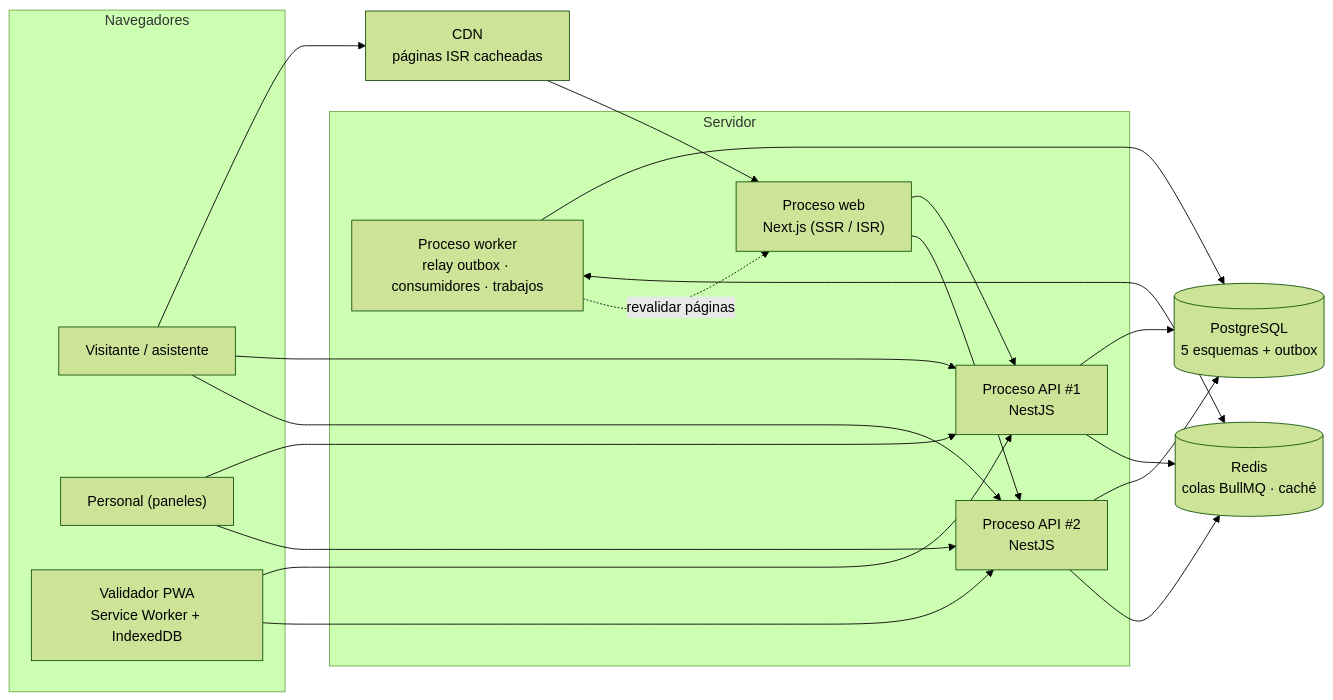
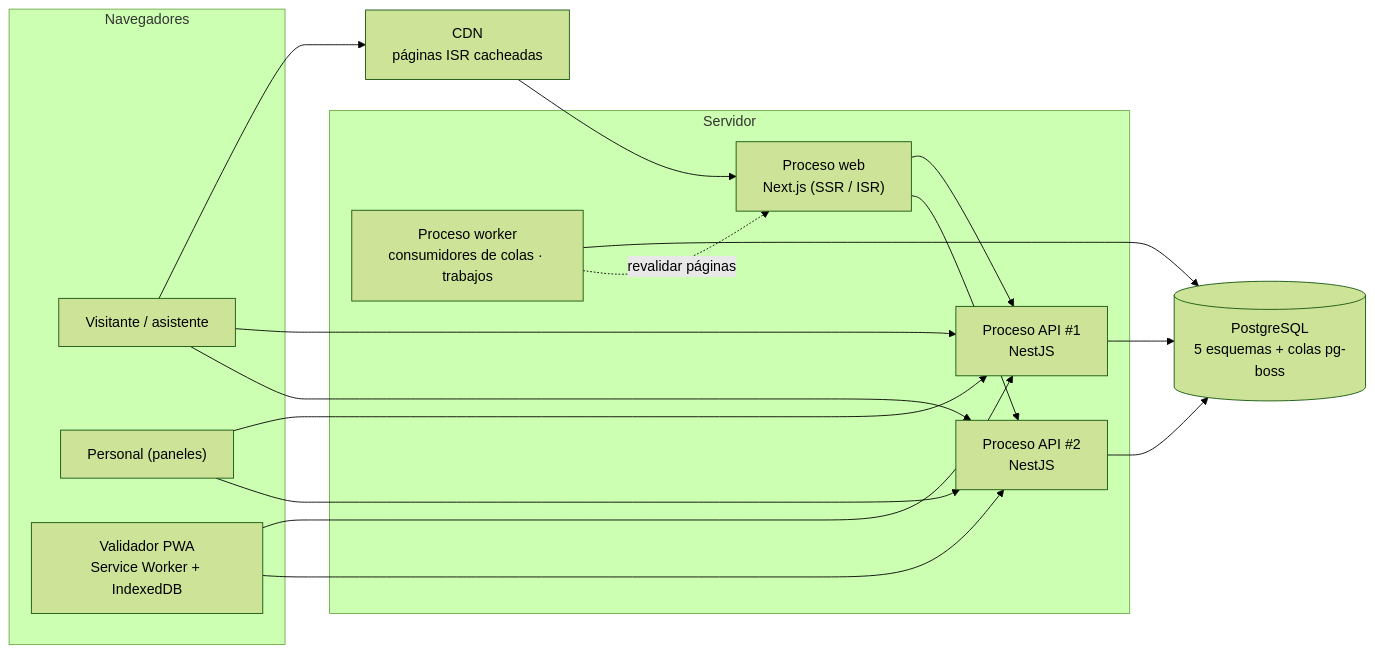
Before and after one commit to Kevrc/festival-artes-vivas-loja: the first of 9 diagrams in docs/arquitectura/03-vista-procesos.md, drawn with Mermaid (forest theme). The commit also changed other lines of this file and 5 other files, not shown here.

Commit message:
docs(arquitectura): reflejar la cola en PostgreSQL y enlazar drivers en las vistas

````diff
--- a/docs/arquitectura/03-vista-procesos.md
+++ b/docs/arquitectura/03-vista-procesos.md
@@ -8,26 +8,23 @@
 ```mermaid
 flowchart LR
     subgraph Navegadores
         B1["Visitante / asistente"]
         B2["Personal (paneles)"]
         B3["Validador PWA<br/>Service Worker + IndexedDB"]
     end
     CDN["CDN<br/>páginas ISR cacheadas"]
     subgraph Servidor
         WEB["Proceso web<br/>Next.js (SSR / ISR)"]
         API1["Proceso API #1<br/>NestJS"]
         API2["Proceso API #2<br/>NestJS"]
-        WRK["Proceso worker<br/>relay outbox · consumidores · trabajos"]
+        WRK["Proceso worker<br/>consumidores de colas · trabajos"]
     end
-    PG[("PostgreSQL<br/>5 esquemas + outbox")]
-    RD[("Redis<br/>colas BullMQ · caché")]
+    PG[("PostgreSQL<br/>5 esquemas + colas pg-boss")]
 
     B1 --> CDN --> WEB
     B1 & B2 & B3 --> API1 & API2
     WEB --> API1 & API2
     API1 & API2 --> PG
-    API1 & API2 --> RD
     WRK --> PG
-    WRK <--> RD
     WRK -. revalidar páginas .-> WEB
 ```
````
